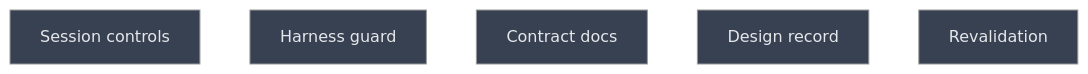
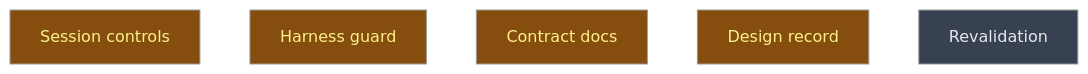
The diagram in __roadmap__/m4-session-runner/traits/core/runs/closeout/README.md (CrackingShells/Candler), drawn with Mermaid (neutral theme) before and after one commit. The commit also changed other lines of this file, not shown here.

Commit message:
rdm(runner): start l4
The four closeout leaves start together; they share no file.

````diff
--- a/__roadmap__/m4-session-runner/traits/core/runs/closeout/README.md
+++ b/__roadmap__/m4-session-runner/traits/core/runs/closeout/README.md
@@ -17,13 +17,13 @@
 ```mermaid
 graph TD
-    session_controls[Session controls]:::planned
-    harness_guard[Harness guard]:::planned
-    contract_docs[Contract docs]:::planned
-    design_record[Design record]:::planned
+    session_controls[Session controls]:::inprogress
+    harness_guard[Harness guard]:::inprogress
+    contract_docs[Contract docs]:::inprogress
+    design_record[Design record]:::inprogress
     revalidation[Revalidation]:::planned
     classDef done       fill:#166534,color:#bbf7d0
     classDef inprogress fill:#854d0e,color:#fef08a
     classDef planned    fill:#374151,color:#e5e7eb
     classDef amendment  fill:#1e3a5f,color:#bfdbfe
     classDef blocked    fill:#7f1d1d,color:#fecaca
 ```
````
